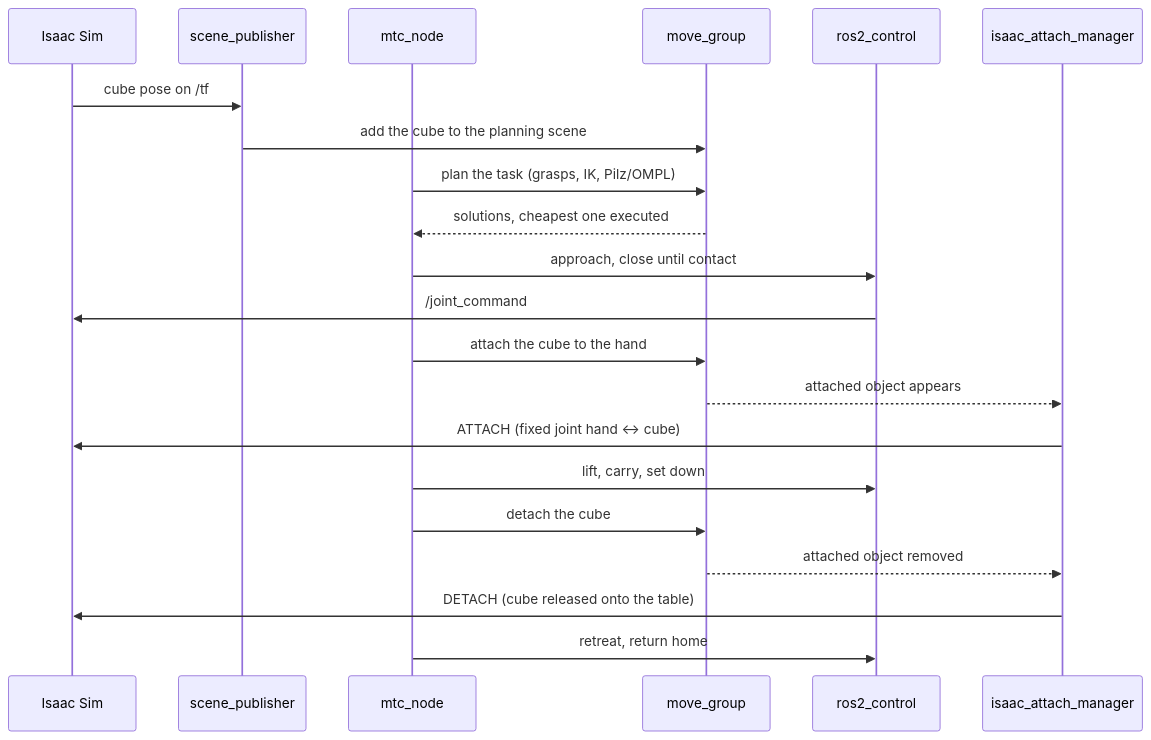
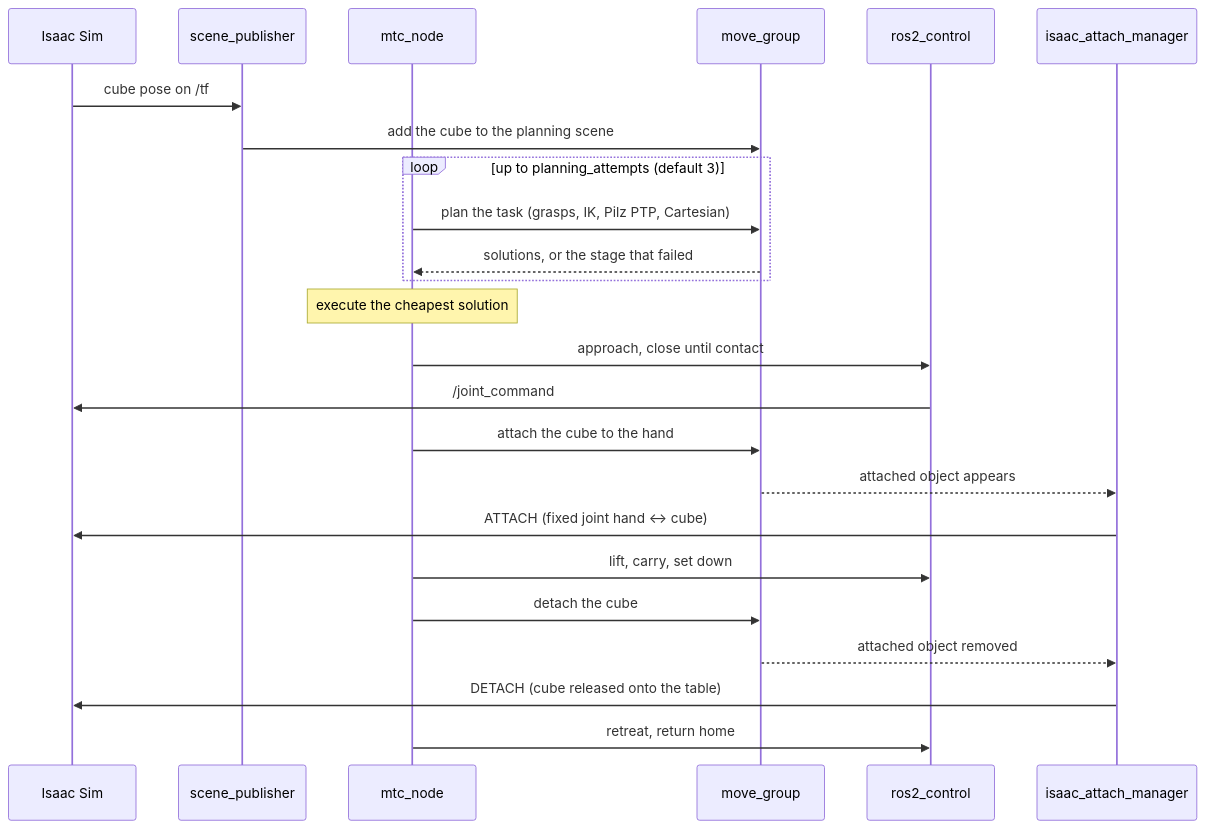
Before and after one commit to ookkshirsagar/moveit-mtc-pick-and-place: the second of 5 diagrams in README.md, drawn with Mermaid. The commit also changed other lines of this file and 4 other files, not shown here.

First line of the commit message:
Bring the README diagrams in line with the pipeline

````diff
--- a/README.md
+++ b/README.md
@@ -152,24 +152,27 @@
 ```mermaid
 sequenceDiagram
     participant I as Isaac Sim
     participant S as scene_publisher
     participant M as mtc_node
     participant G as move_group
     participant C as ros2_control
     participant A as isaac_attach_manager
 
     I->>S: cube pose on /tf
     S->>G: add the cube to the planning scene
-    M->>G: plan the task (grasps, IK, Pilz/OMPL)
-    G-->>M: solutions, cheapest one executed
+    loop up to planning_attempts (default 3)
+        M->>G: plan the task (grasps, IK, Pilz PTP, Cartesian)
+        G-->>M: solutions, or the stage that failed
+    end
+    Note over M: execute the cheapest solution
     M->>C: approach, close until contact
     C->>I: /joint_command
     M->>G: attach the cube to the hand
     G-->>A: attached object appears
     A->>I: ATTACH (fixed joint hand ↔ cube)
     M->>C: lift, carry, set down
     M->>G: detach the cube
     G-->>A: attached object removed
     A->>I: DETACH (cube released onto the table)
     M->>C: retreat, return home
 ```
````
